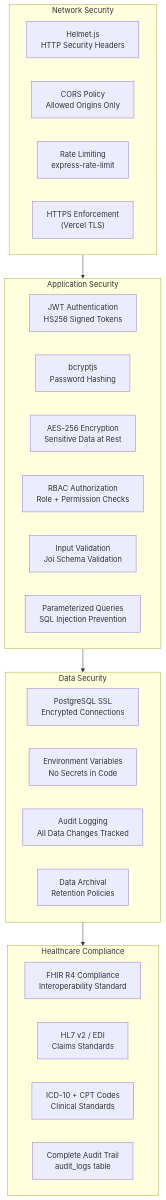
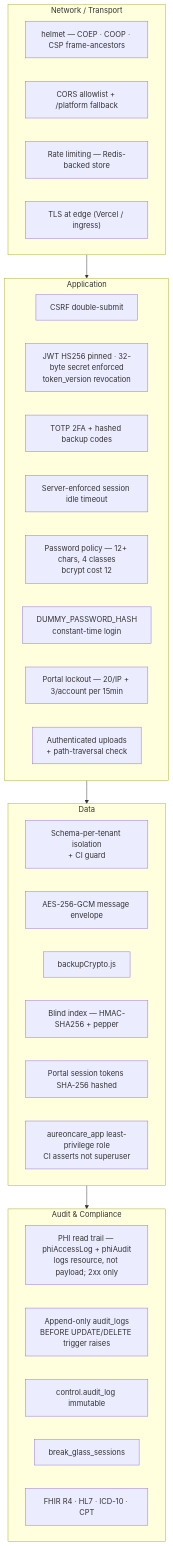
Diagram 19 of 19 in ARCHITECTURE_DIAGRAM.md (rajbizchannels/AureonCare), drawn with Mermaid before and after one commit. The commit also changed other lines of this file, not shown here.

First line of the commit message:
Update the architecture diagram to match the code as it stands

````diff
--- a/ARCHITECTURE_DIAGRAM.md
+++ b/ARCHITECTURE_DIAGRAM.md
@@ -907,36 +818,39 @@
 ```mermaid
 graph TB
-    subgraph Network["Network Security"]
-        HELMET["Helmet.js<br/>HTTP Security Headers"]
-        CORS_SEC["CORS Policy<br/>Allowed Origins Only"]
-        RATELIMIT["Rate Limiting<br/>express-rate-limit"]
-        HTTPS_ENF["HTTPS Enforcement<br/>(Vercel TLS)"]
+    subgraph Net["Network / Transport"]
+        HELMET["helmet — COEP · COOP · CSP frame-ancestors"]
+        CORSX["CORS allowlist + /platform fallback"]
+        RATE["Rate limiting — Redis-backed store"]
+        TLS["TLS at edge (Vercel / ingress)"]
     end
 
-    subgraph AppSecurity["Application Security"]
-        JWT_AUTH["JWT Authentication<br/>HS256 Signed Tokens"]
-        BCRYPT["bcryptjs<br/>Password Hashing"]
-        AES["AES-256 Encryption<br/>Sensitive Data at Rest"]
-        RBAC_SEC["RBAC Authorization<br/>Role + Permission Checks"]
-        INPUT_VAL["Input Validation<br/>Joi Schema Validation"]
-        SQL_PARAM["Parameterized Queries<br/>SQL Injection Prevention"]
+    subgraph App["Application"]
+        CSRFX["CSRF double-submit"]
+        JWTX["JWT HS256 pinned · 32-byte secret enforced<br/>token_version revocation"]
+        MFAX["TOTP 2FA + hashed backup codes"]
+        IDLE["Server-enforced session idle timeout"]
+        PWD["Password policy — 12+ chars, 4 classes<br/>bcrypt cost 12"]
+        TIMING["DUMMY_PASSWORD_HASH<br/>constant-time login"]
+        LOCK["Portal lockout — 20/IP + 3/account per 15min"]
+        UPLOADX["Authenticated uploads<br/>+ path-traversal check"]
     end
 
-    subgraph DataSecurity["Data Security"]
-        PG_SSL["PostgreSQL SSL<br/>Encrypted Connections"]
-        ENV_VARS["Environment Variables<br/>No Secrets in Code"]
-        AUDIT_LOG["Audit Logging<br/>All Data Changes Tracked"]
-        ARCHIVE["Data Archival<br/>Retention Policies"]
+    subgraph Data["Data"]
+        TENANTX["Schema-per-tenant isolation<br/>+ CI guard"]
+        MSGENC["AES-256-GCM message envelope"]
+        BAKENC["backupCrypto.js"]
+        BLIND["Blind index — HMAC-SHA256 + pepper"]
+        HASHSESS["Portal session tokens SHA-256 hashed"]
+        LEASTP["aureoncare_app least-privilege role<br/>CI asserts not superuser"]
     end
 
-    subgraph Compliance["Healthcare Compliance"]
-        FHIR_COMP["FHIR R4 Compliance<br/>Interoperability Standard"]
-        HL7_COMP["HL7 v2 / EDI<br/>Claims Standards"]
-        ICD_CPT["ICD-10 + CPT Codes<br/>Clinical Standards"]
-        AUDIT_TRAIL["Complete Audit Trail<br/>audit_logs table"]
+    subgraph Audit["Audit & Compliance"]
+        PHIA["PHI read trail — phiAccessLog + phiAudit<br/>logs resource, not payload; 2xx only"]
+        APPEND["Append-only audit_logs<br/>BEFORE UPDATE/DELETE trigger raises"]
+        CIMM["control.audit_log immutable"]
+        BGLASS["break_glass_sessions"]
+        STD["FHIR R4 · HL7 · ICD-10 · CPT"]
     end
 
-    Network --> AppSecurity
-    AppSecurity --> DataSecurity
-    DataSecurity --> Compliance
+    Net --> App --> Data --> Audit
 ```
````
